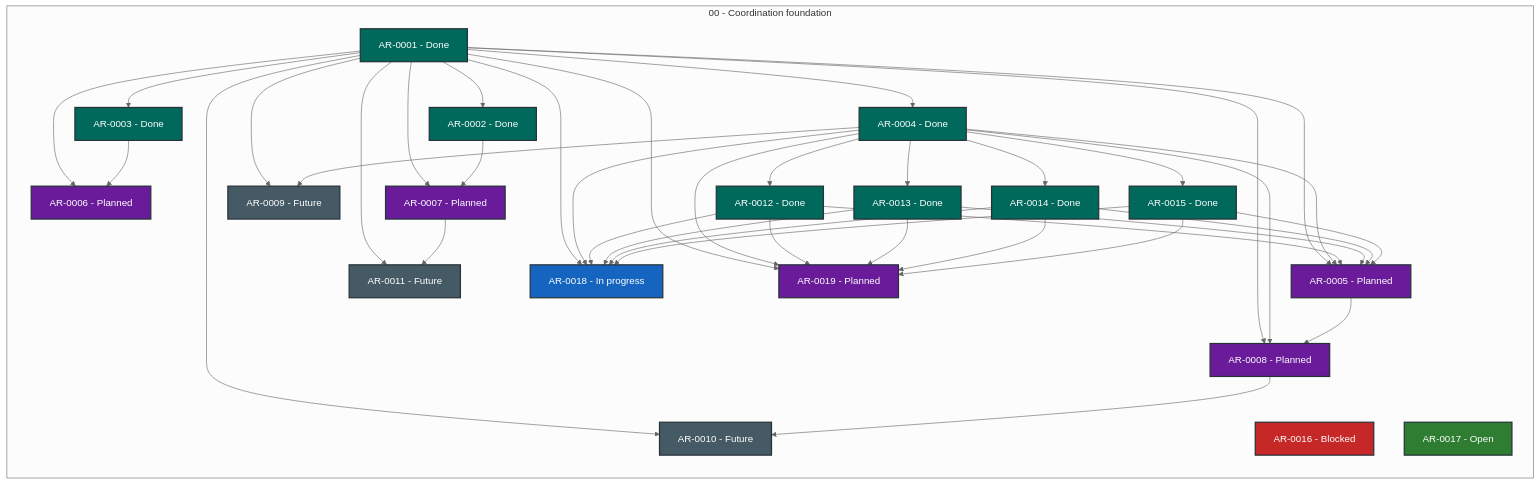
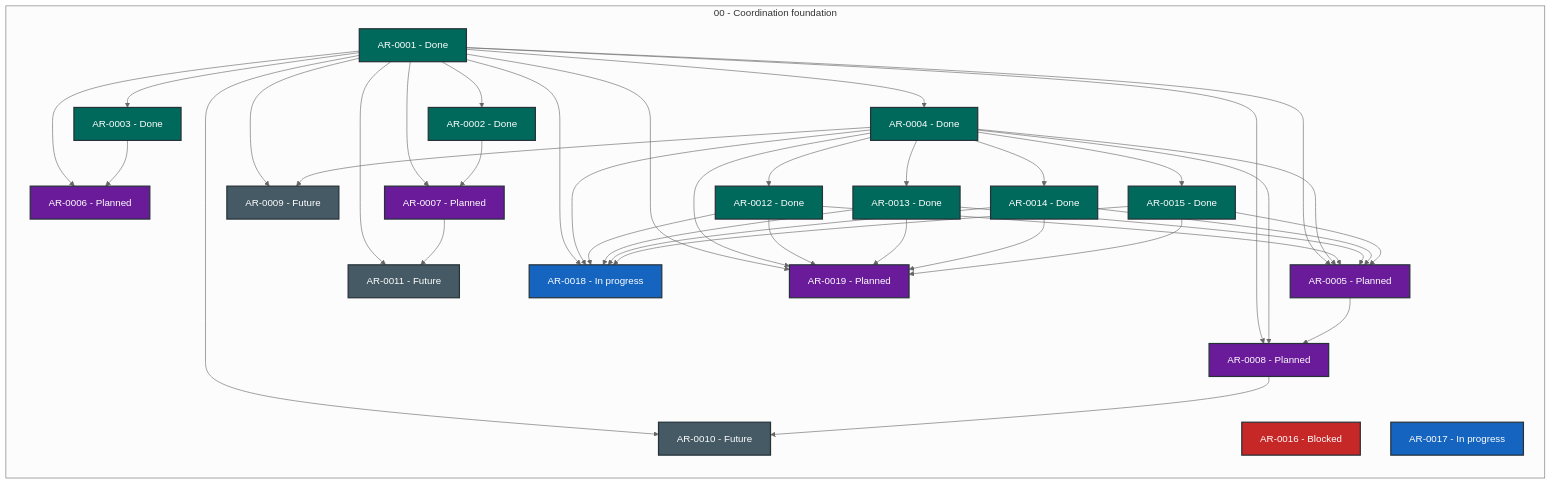
The diagram in STATUS.md (martin-beck/agent-workflow-quality-state), drawn with Mermaid (neutral theme) before and after one commit. The commit also changed other lines of this file and 2 other files, not shown here.

````diff
--- a/STATUS.md
+++ b/STATUS.md
@@ -27,71 +27,71 @@
 ```mermaid
 flowchart LR
     subgraph series_00["00 - Coordination foundation"]
         direction TB
         AR_0001["AR-0001 - Done"]:::status_done
         AR_0002["AR-0002 - Done"]:::status_done
         AR_0003["AR-0003 - Done"]:::status_done
         AR_0004["AR-0004 - Done"]:::status_done
         AR_0005["AR-0005 - Planned"]:::status_planned
         AR_0006["AR-0006 - Planned"]:::status_planned
         AR_0007["AR-0007 - Planned"]:::status_planned
         AR_0008["AR-0008 - Planned"]:::status_planned
         AR_0009["AR-0009 - Future"]:::status_future
         AR_0010["AR-0010 - Future"]:::status_future
         AR_0011["AR-0011 - Future"]:::status_future
         AR_0012["AR-0012 - Done"]:::status_done
         AR_0013["AR-0013 - Done"]:::status_done
         AR_0014["AR-0014 - Done"]:::status_done
         AR_0015["AR-0015 - Done"]:::status_done
         AR_0016["AR-0016 - Blocked"]:::status_blocked
-        AR_0017["AR-0017 - Open"]:::status_open
+        AR_0017["AR-0017 - In progress"]:::status_in_progress
         AR_0018["AR-0018 - In progress"]:::status_in_progress
         AR_0019["AR-0019 - Planned"]:::status_planned
     end
     AR_0001 --> AR_0002
     AR_0001 --> AR_0003
     AR_0001 --> AR_0004
     AR_0001 --> AR_0005
     AR_0001 --> AR_0006
     AR_0001 --> AR_0007
     AR_0001 --> AR_0008
     AR_0001 --> AR_0009
     AR_0001 --> AR_0010
     AR_0001 --> AR_0011
     AR_0001 --> AR_0018
     AR_0001 --> AR_0019
     AR_0002 --> AR_0007
     AR_0003 --> AR_0006
     AR_0004 --> AR_0005
     AR_0004 --> AR_0008
     AR_0004 --> AR_0009
     AR_0004 --> AR_0012
     AR_0004 --> AR_0013
     AR_0004 --> AR_0014
     AR_0004 --> AR_0015
     AR_0004 --> AR_0018
     AR_0004 --> AR_0019
     AR_0005 --> AR_0008
     AR_0007 --> AR_0011
     AR_0008 --> AR_0010
     AR_0012 --> AR_0005
     AR_0012 --> AR_0018
     AR_0012 --> AR_0019
     AR_0013 --> AR_0005
     AR_0013 --> AR_0018
     AR_0013 --> AR_0019
     AR_0014 --> AR_0005
     AR_0014 --> AR_0018
     AR_0014 --> AR_0019
     AR_0015 --> AR_0005
     AR_0015 --> AR_0018
     AR_0015 --> AR_0019
     classDef status_in_progress fill:#1565c0,color:#ffffff,stroke:#263238,stroke-width:2px
     classDef status_open fill:#2e7d32,color:#ffffff,stroke:#263238,stroke-width:2px
     classDef status_blocked fill:#c62828,color:#ffffff,stroke:#263238,stroke-width:2px
     classDef status_planned fill:#6a1b9a,color:#ffffff,stroke:#263238,stroke-width:2px
     classDef status_future fill:#455a64,color:#ffffff,stroke:#263238,stroke-width:2px
     classDef status_done fill:#00695c,color:#ffffff,stroke:#263238,stroke-width:2px
     classDef status_cancelled fill:#616161,color:#ffffff,stroke:#263238,stroke-width:2px
     classDef status_superseded fill:#5d4037,color:#ffffff,stroke:#263238,stroke-width:2px
 ```
````
